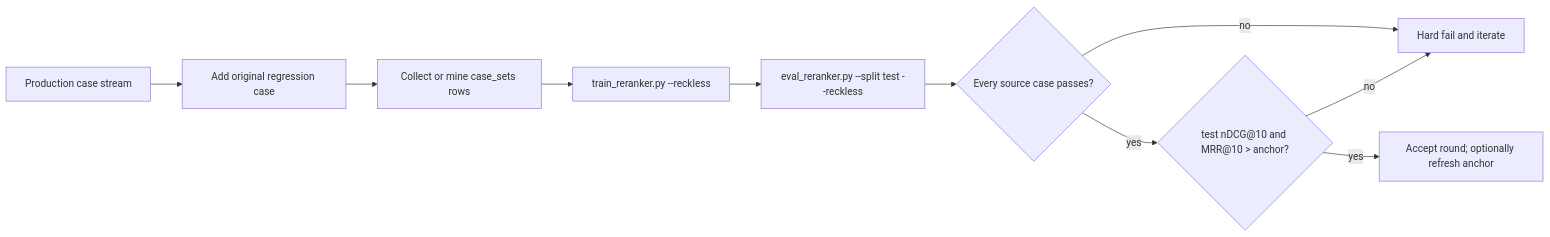
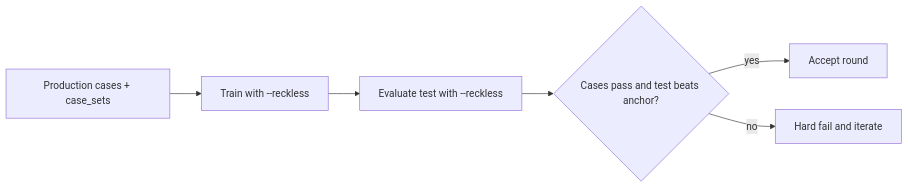
Before and after one commit to ansvver/heuriboost: the second of 2 diagrams in README.md, drawn with Mermaid. The commit also changed 1 other file, not shown here.

Commit message:
add reckless mode

````diff
--- a/README.md
+++ b/README.md
@@ -150,12 +150,8 @@
 ```mermaid
 flowchart LR
-    A["Production case stream"] --> B["Add original regression case"]
-    B --> C["Collect or mine case_sets rows"]
-    C --> D["train_reranker.py --reckless"]
-    D --> E["eval_reranker.py --split test --reckless"]
-    E --> F{"Every source case passes?"}
-    F -- no --> G["Hard fail and iterate"]
-    F -- yes --> H{"test nDCG@10 and MRR@10 > anchor?"}
-    H -- no --> G
-    H -- yes --> I["Accept round; optionally refresh anchor"]
+    A["Production cases + case_sets"] --> B["Train with --reckless"]
+    B --> C["Evaluate test with --reckless"]
+    C --> D{"Cases pass and test beats anchor?"}
+    D -- yes --> E["Accept round"]
+    D -- no --> F["Hard fail and iterate"]
 ```
````
